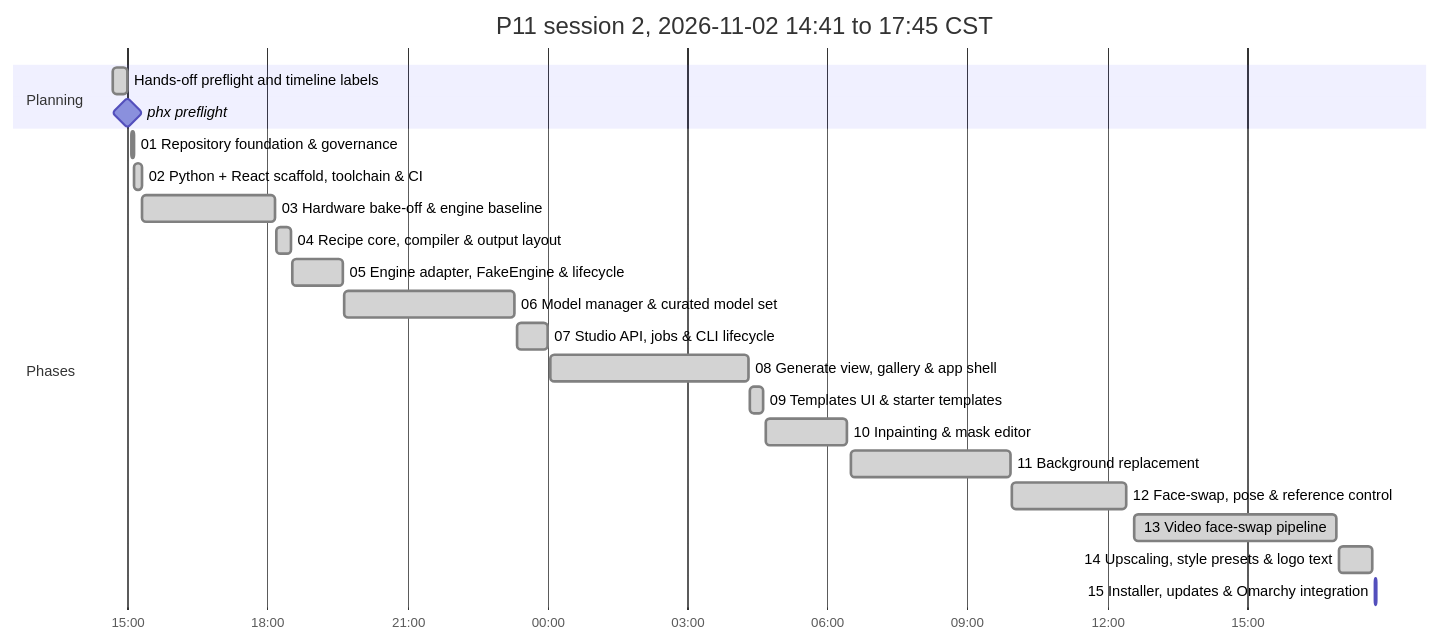
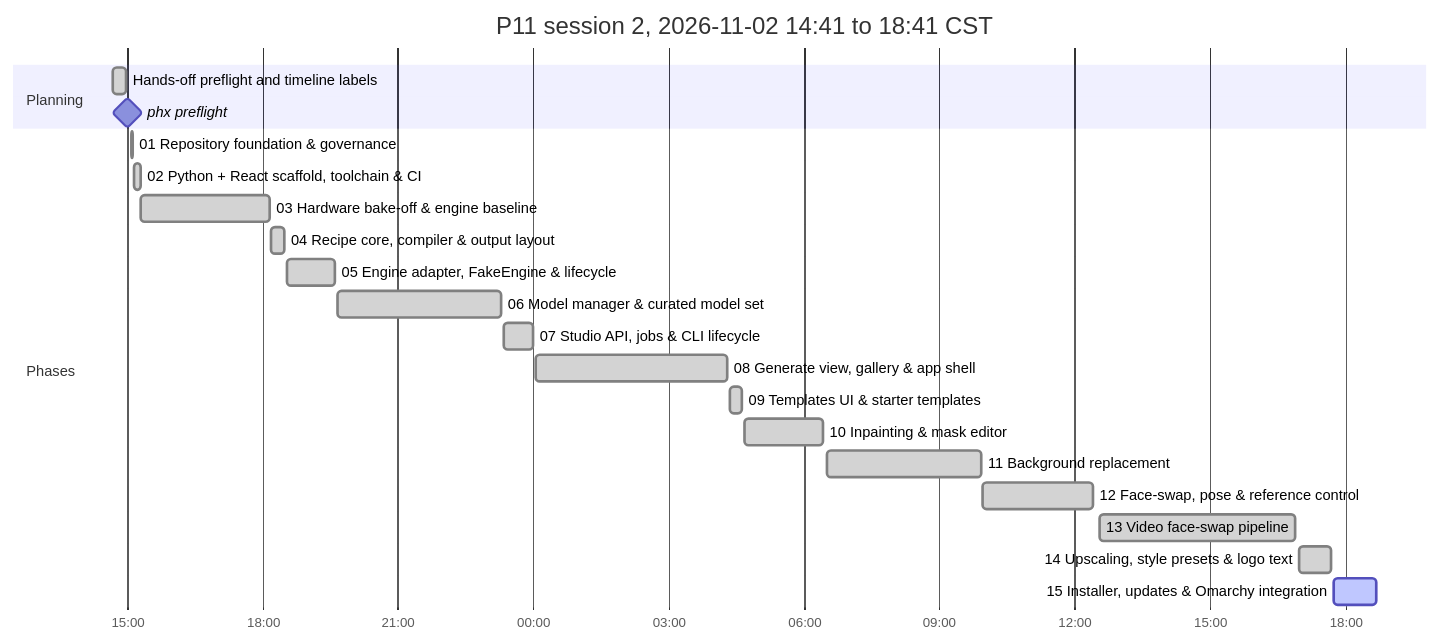
The second of 2 diagrams in P11_IMPLEMENTATION_PLAN.md (antonizick/project1111), drawn with Mermaid before and after one commit. The commit also changed other lines of this file and 1 other file, not shown here.

Commit message:
docs(plan): refresh timeline

````diff
--- a/P11_IMPLEMENTATION_PLAN.md
+++ b/P11_IMPLEMENTATION_PLAN.md
@@ -74,25 +74,25 @@
 ```mermaid
 gantt
-    title P11 session 2, 2026-11-02 14:41 to 17:45 CST
+    title P11 session 2, 2026-11-02 14:41 to 18:41 CST
     dateFormat YYYY-MM-DD HH:mm
     axisFormat %H:%M
     section Planning
     Hands-off preflight and timeline labels :done, plan3, 2026-11-02 14:41, 2026-11-02 14:59
     phx preflight :milestone, pf13ee0d5, 2026-11-02 15:00, 0m
     section Phases
     01 Repository foundation & governance :done, p01s2, 2026-11-02 15:05, 2026-11-02 15:08
     02 Python + React scaffold, toolchain & CI :done, p02s2, 2026-11-02 15:09, 2026-11-02 15:18
     03 Hardware bake-off & engine baseline :done, p03s2, 2026-11-02 15:19, 2026-11-02 18:10
     04 Recipe core, compiler & output layout :done, p04s2, 2026-11-02 18:12, 2026-11-02 18:30
     05 Engine adapter, FakeEngine & lifecycle :done, p05s2, 2026-11-02 18:32, 2026-11-02 19:37
     06 Model manager & curated model set :done, p06s2, 2026-11-02 19:39, 2026-11-02 23:18
     07 Studio API, jobs & CLI lifecycle :done, p07s2, 2026-11-02 23:21, 2026-11-03 00:00
     08 Generate view, gallery & app shell :done, p08s2, 2026-11-03 00:03, 2026-11-03 04:18
     09 Templates UI & starter templates :done, p09s2, 2026-11-03 04:21, 2026-11-03 04:38
     10 Inpainting & mask editor :done, p10s2, 2026-11-03 04:41, 2026-11-03 06:25
     11 Background replacement :done, p11s2, 2026-11-03 06:31, 2026-11-03 09:55
     12 Face-swap, pose & reference control :done, p12s2, 2026-11-03 09:58, 2026-11-03 12:25
     13 Video face-swap pipeline :done, p13s2, 2026-11-03 12:34, 2026-11-03 16:54
     14 Upscaling, style presets & logo text :done, p14s2, 2026-11-03 16:58, 2026-11-03 17:41
-    15 Installer, updates & Omarchy integration :active, p15s2, 2026-11-03 17:45, 2026-11-03 17:46
+    15 Installer, updates & Omarchy integration :active, p15s2, 2026-11-03 17:45, 2026-11-03 18:41
 ```
````
